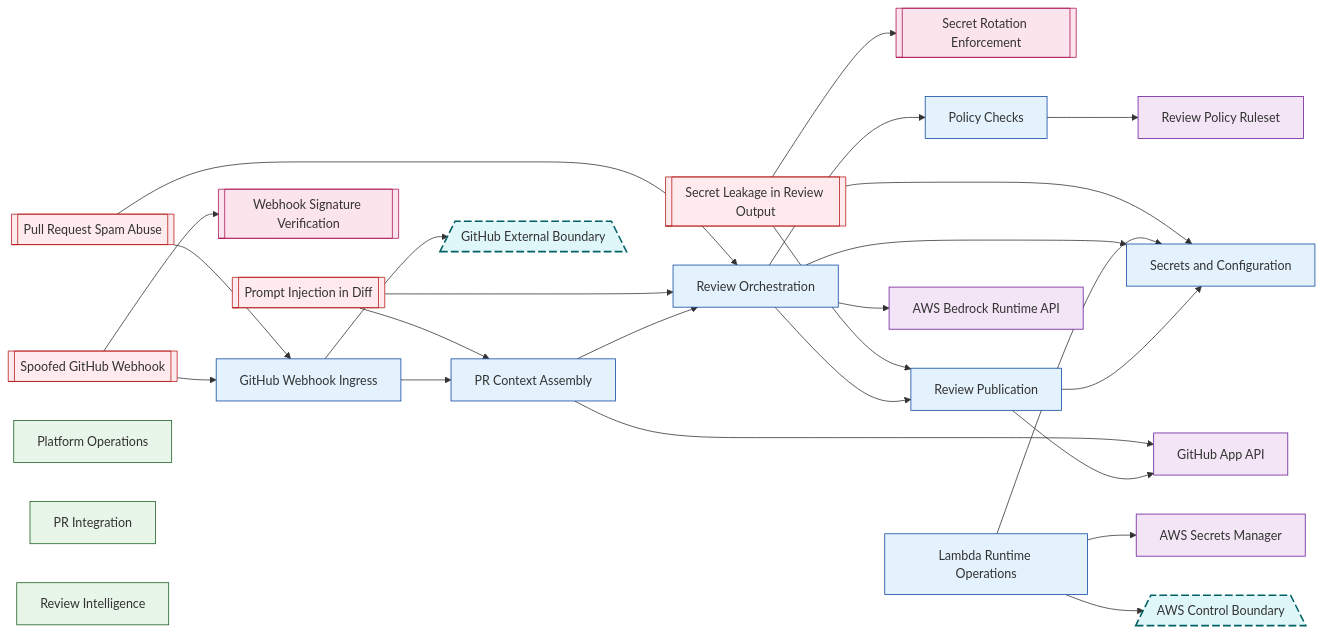
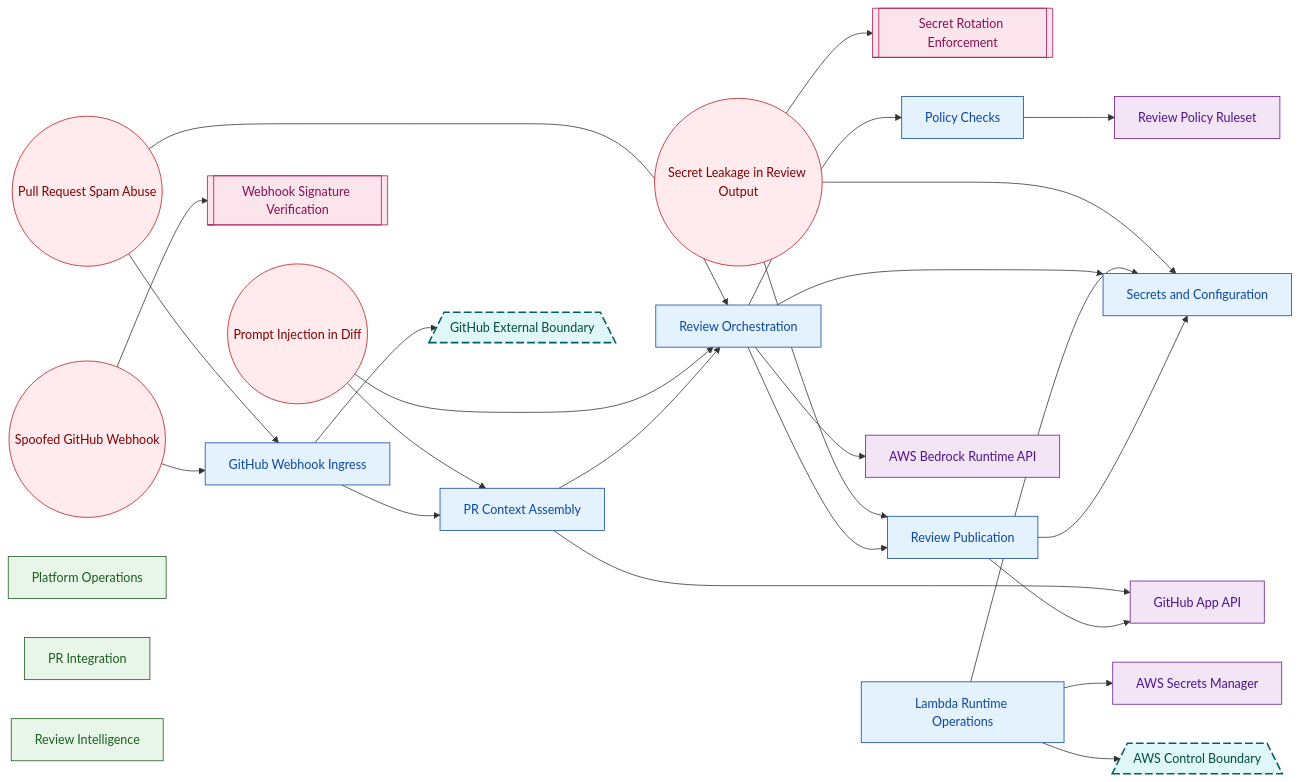
Before and after one commit to labeth/engineering-model-go: the diagram in examples/bedrock-pr-review-github-app-sample/generated/VIEW-SECURITY.mmd, drawn with Mermaid. The commit also changed 66 other files, not shown here.

Commit message:
Add first-class architecture decision records

```diff
--- a/examples/bedrock-pr-review-github-app-sample/generated/VIEW-SECURITY.mmd
+++ b/examples/bedrock-pr-review-github-app-sample/generated/VIEW-SECURITY.mmd
@@ -1,62 +1,68 @@
 flowchart LR
 %% view: VIEW-SECURITY (security)
-N_AV_PR_SPAM_ABUSE[["Pull Request Spam Abuse"]]:::attack_vector
-N_AV_PROMPT_INJECTION_IN_DIFF[["Prompt Injection in Diff"]]:::attack_vector
-N_AV_SECRET_LEAKAGE_IN_REVIEW[["Secret Leakage in Review Output"]]:::attack_vector
-N_AV_SPOOFED_GITHUB_WEBHOOK[["Spoofed GitHub Webhook"]]:::attack_vector
+N_AV_PR_SPAM_ABUSE(("Pull Request Spam Abuse")):::attack_vector
+N_AV_PROMPT_INJECTION_IN_DIFF(("Prompt Injection in Diff")):::attack_vector
+N_AV_SECRET_LEAKAGE_IN_REVIEW(("Secret Leakage in Review Output")):::attack_vector
+N_AV_SPOOFED_GITHUB_WEBHOOK(("Spoofed GitHub Webhook")):::attack_vector
 N_CTRL_BEDROCK_SECRETS_ROTATION[["Secret Rotation Enforcement"]]:::control
 N_CTRL_BEDROCK_WEBHOOK_SIGNATURE[["Webhook Signature Verification"]]:::control
 N_FG_PLATFORM_OPERATIONS["Platform Operations"]:::functional_group
 N_FG_PR_INTEGRATION["PR Integration"]:::functional_group
 N_FG_REVIEW_INTELLIGENCE["Review Intelligence"]:::functional_group
 N_FU_GITHUB_WEBHOOK_INGRESS["GitHub Webhook Ingress"]:::functional_unit
 N_FU_LAMBDA_RUNTIME_OPERATIONS["Lambda Runtime Operations"]:::functional_unit
 N_FU_POLICY_CHECKS["Policy Checks"]:::functional_unit
 N_FU_PR_CONTEXT_ASSEMBLY["PR Context Assembly"]:::functional_unit
 N_FU_REVIEW_ORCHESTRATION["Review Orchestration"]:::functional_unit
 N_FU_REVIEW_PUBLICATION["Review Publication"]:::functional_unit
 N_FU_SECRETS_CONFIGURATION["Secrets and Configuration"]:::functional_unit
 N_REF_AWS_BEDROCK_RUNTIME["AWS Bedrock Runtime API"]:::referenced_element
 N_REF_AWS_SECRETS_MANAGER["AWS Secrets Manager"]:::referenced_element
 N_REF_GITHUB_APP_API["GitHub App API"]:::referenced_element
 N_REF_POLICY_RULESET["Review Policy Ruleset"]:::referenced_element
 N_TB_BEDROCK_AWS_CONTROL[/"AWS Control Boundary"\]:::trust_boundary
 N_TB_BEDROCK_GITHUB_EXTERNAL[/"GitHub External Boundary"\]:::trust_boundary
 N_AV_PR_SPAM_ABUSE --> N_FU_GITHUB_WEBHOOK_INGRESS
 N_AV_PR_SPAM_ABUSE --> N_FU_REVIEW_ORCHESTRATION
 N_AV_PROMPT_INJECTION_IN_DIFF --> N_FU_PR_CONTEXT_ASSEMBLY
 N_AV_PROMPT_INJECTION_IN_DIFF --> N_FU_REVIEW_ORCHESTRATION
 N_AV_SECRET_LEAKAGE_IN_REVIEW --> N_CTRL_BEDROCK_SECRETS_ROTATION
 N_AV_SECRET_LEAKAGE_IN_REVIEW --> N_FU_REVIEW_PUBLICATION
 N_AV_SECRET_LEAKAGE_IN_REVIEW --> N_FU_SECRETS_CONFIGURATION
 N_AV_SPOOFED_GITHUB_WEBHOOK --> N_CTRL_BEDROCK_WEBHOOK_SIGNATURE
 N_AV_SPOOFED_GITHUB_WEBHOOK --> N_FU_GITHUB_WEBHOOK_INGRESS
 N_FU_GITHUB_WEBHOOK_INGRESS --> N_FU_PR_CONTEXT_ASSEMBLY
 N_FU_GITHUB_WEBHOOK_INGRESS --> N_TB_BEDROCK_GITHUB_EXTERNAL
 N_FU_LAMBDA_RUNTIME_OPERATIONS --> N_FU_SECRETS_CONFIGURATION
 N_FU_LAMBDA_RUNTIME_OPERATIONS --> N_REF_AWS_SECRETS_MANAGER
 N_FU_LAMBDA_RUNTIME_OPERATIONS --> N_TB_BEDROCK_AWS_CONTROL
 N_FU_POLICY_CHECKS --> N_REF_POLICY_RULESET
 N_FU_PR_CONTEXT_ASSEMBLY --> N_FU_REVIEW_ORCHESTRATION
 N_FU_PR_CONTEXT_ASSEMBLY --> N_REF_GITHUB_APP_API
 N_FU_REVIEW_ORCHESTRATION --> N_FU_POLICY_CHECKS
 N_FU_REVIEW_ORCHESTRATION --> N_FU_REVIEW_PUBLICATION
 N_FU_REVIEW_ORCHESTRATION --> N_FU_SECRETS_CONFIGURATION
 N_FU_REVIEW_ORCHESTRATION --> N_REF_AWS_BEDROCK_RUNTIME
 N_FU_REVIEW_PUBLICATION --> N_FU_SECRETS_CONFIGURATION
 N_FU_REVIEW_PUBLICATION --> N_REF_GITHUB_APP_API
-classDef functional_group fill:#e8f5e9,stroke:#1b5e20,stroke-width:1px;
-classDef functional_unit fill:#e3f2fd,stroke:#0d47a1,stroke-width:1px;
-classDef actor fill:#fff8e1,stroke:#ef6c00,stroke-width:1px;
-classDef attack_vector fill:#ffebee,stroke:#b71c1c,stroke-width:1px;
-classDef referenced_element fill:#f3e5f5,stroke:#6a1b9a,stroke-width:1px;
-classDef interface fill:#e8f5e9,stroke:#2e7d32,stroke-width:2px,stroke-dasharray: 6 3;
-classDef data_object fill:#fff3e0,stroke:#ef6c00,stroke-width:2px,stroke-dasharray: 2 2;
-classDef deployment_target fill:#ede7f6,stroke:#5e35b1,stroke-width:1px;
-classDef control fill:#fce4ec,stroke:#ad1457,stroke-width:1px;
-classDef trust_boundary fill:#e0f7fa,stroke:#006064,stroke-width:2px,stroke-dasharray: 10 4;
-classDef state fill:#e1f5fe,stroke:#0277bd,stroke-width:1px;
-classDef event fill:#fffde7,stroke:#f9a825,stroke-width:1px;
-classDef flow fill:#ede7f6,stroke:#4527a0,stroke-width:2px;
-classDef flow_step fill:#f1f8e9,stroke:#33691e,stroke-width:2px;
-classDef unknown fill:#ffffff,stroke:#adb5bd,stroke-width:1px;
+classDef system_boundary fill:#f5f5f5,stroke:#424242,stroke-width:2px,color:#212121;
+classDef functional_group fill:#e8f5e9,stroke:#1b5e20,stroke-width:1px,color:#1b5e20;
+classDef functional_unit fill:#e3f2fd,stroke:#0d47a1,stroke-width:1px,color:#0d47a1;
+classDef actor fill:#fff8e1,stroke:#ef6c00,stroke-width:1px,color:#bf360c;
+classDef attack_vector fill:#ffebee,stroke:#b71c1c,stroke-width:1px,color:#7f0000;
+classDef referenced_element fill:#f3e5f5,stroke:#6a1b9a,stroke-width:1px,color:#4a148c;
+classDef interface fill:#e8f5e9,stroke:#2e7d32,stroke-width:2px,stroke-dasharray: 6 3,color:#1b5e20;
+classDef data_object fill:#fff3e0,stroke:#ef6c00,stroke-width:2px,stroke-dasharray: 2 2,color:#e65100;
+classDef deployment_target fill:#ede7f6,stroke:#5e35b1,stroke-width:1px,color:#4527a0;
+classDef control fill:#fce4ec,stroke:#ad1457,stroke-width:1px,color:#880e4f;
+classDef trust_boundary fill:#e0f7fa,stroke:#006064,stroke-width:2px,stroke-dasharray: 10 4,color:#004d40;
+classDef state fill:#e1f5fe,stroke:#0277bd,stroke-width:1px,color:#01579b;
+classDef event fill:#fffde7,stroke:#f9a825,stroke-width:1px,color:#f57f17;
+classDef flow fill:#ede7f6,stroke:#4527a0,stroke-width:2px,color:#311b92;
+classDef flow_step fill:#f1f8e9,stroke:#33691e,stroke-width:2px,color:#1b5e20;
+classDef requirement fill:#fffde7,stroke:#f9a825,stroke-width:1px,color:#7f6000;
+classDef verification fill:#fce4ec,stroke:#ad1457,stroke-width:1px,color:#880e4f;
+classDef runtime_element fill:#b2ebf2,stroke:#00838f,stroke-width:1px,color:#006064;
+classDef deployment_element fill:#d7ccc8,stroke:#4e342e,stroke-width:1px,color:#2f1b14;
+classDef code_element fill:#eceff1,stroke:#37474f,stroke-width:1px,color:#263238;
+classDef unknown fill:#ffffff,stroke:#adb5bd,stroke-width:1px,color:#4f5b62;
```
